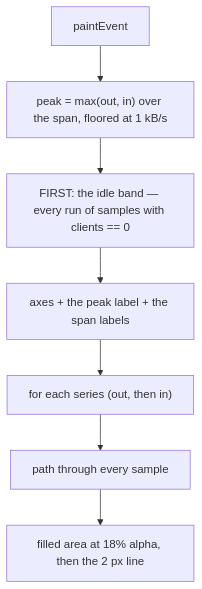
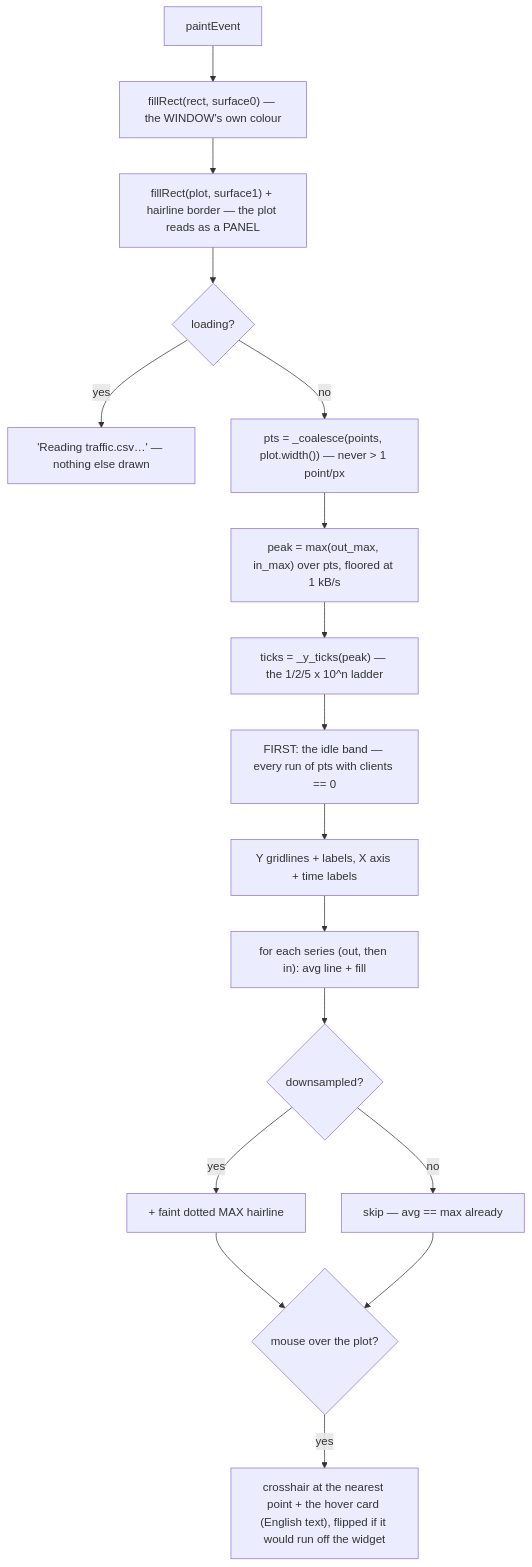
The second of 3 diagrams in server/gui/__flow/traffic_window.md (UVuruna/Remote-User), drawn with Mermaid before and after one commit. The commit also changed other lines of this file and 7 other files, not shown here.

First line of the commit message:
0.0.312 Traffic gets the whole record, one unit per axis, and a hover that answers

````diff
--- a/server/gui/__flow/traffic_window.md
+++ b/server/gui/__flow/traffic_window.md
@@ -25,9 +33,19 @@
 ```mermaid
 flowchart TB
-    A["paintEvent"] --> B["peak = max(out, in) over the span, floored at 1 kB/s"]
-    B --> C["FIRST: the idle band — every run of samples with clients == 0"]
-    C --> D["axes + the peak label + the span labels"]
-    D --> E["for each series (out, then in)"]
-    E --> F["path through every sample"]
-    F --> G["filled area at 18% alpha, then the 2 px line"]
+    A["paintEvent"] --> A2["fillRect(rect, surface0) — the WINDOW's own colour"]
+    A2 --> A3["fillRect(plot, surface1) + hairline border — the plot reads as a PANEL"]
+    A3 --> B{"loading?"}
+    B -- yes --> C["'Reading traffic.csv…' — nothing else drawn"]
+    B -- no --> D["pts = _coalesce(points, plot.width()) — never > 1 point/px"]
+    D --> E["peak = max(out_max, in_max) over pts, floored at 1 kB/s"]
+    E --> F["ticks = _y_ticks(peak) — the 1/2/5 x 10^n ladder"]
+    F --> G["FIRST: the idle band — every run of pts with clients == 0"]
+    G --> H["Y gridlines + labels, X axis + time labels"]
+    H --> I["for each series (out, then in): avg line + fill"]
+    I --> J{"downsampled?"}
+    J -- yes --> K["+ faint dotted MAX hairline"]
+    J -- no --> L["skip — avg == max already"]
+    K --> M{"mouse over the plot?"}
+    L --> M
+    M -- yes --> N["crosshair at the nearest point + the hover card (English text), flipped if it would run off the widget"]
 ```
````
